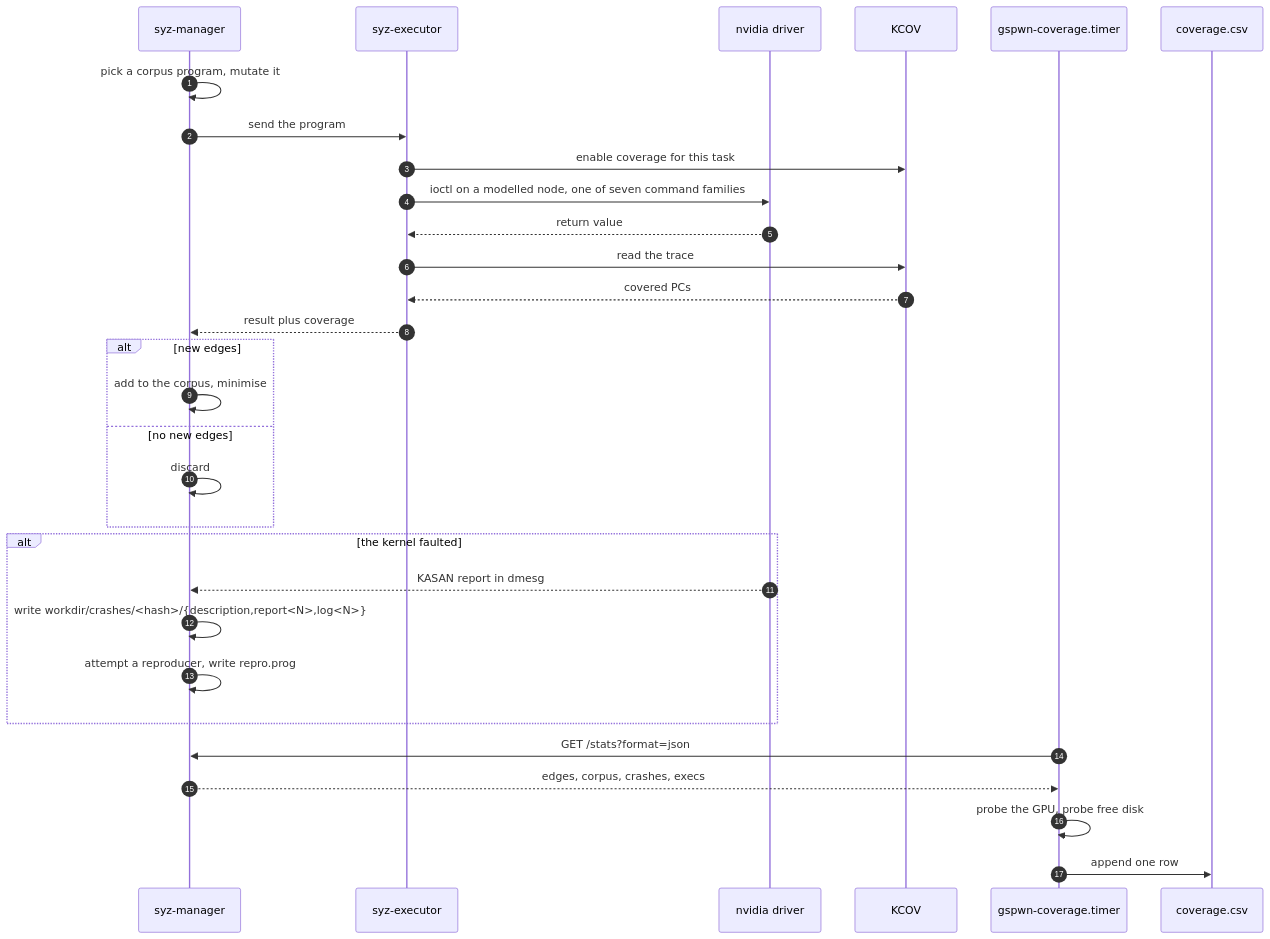
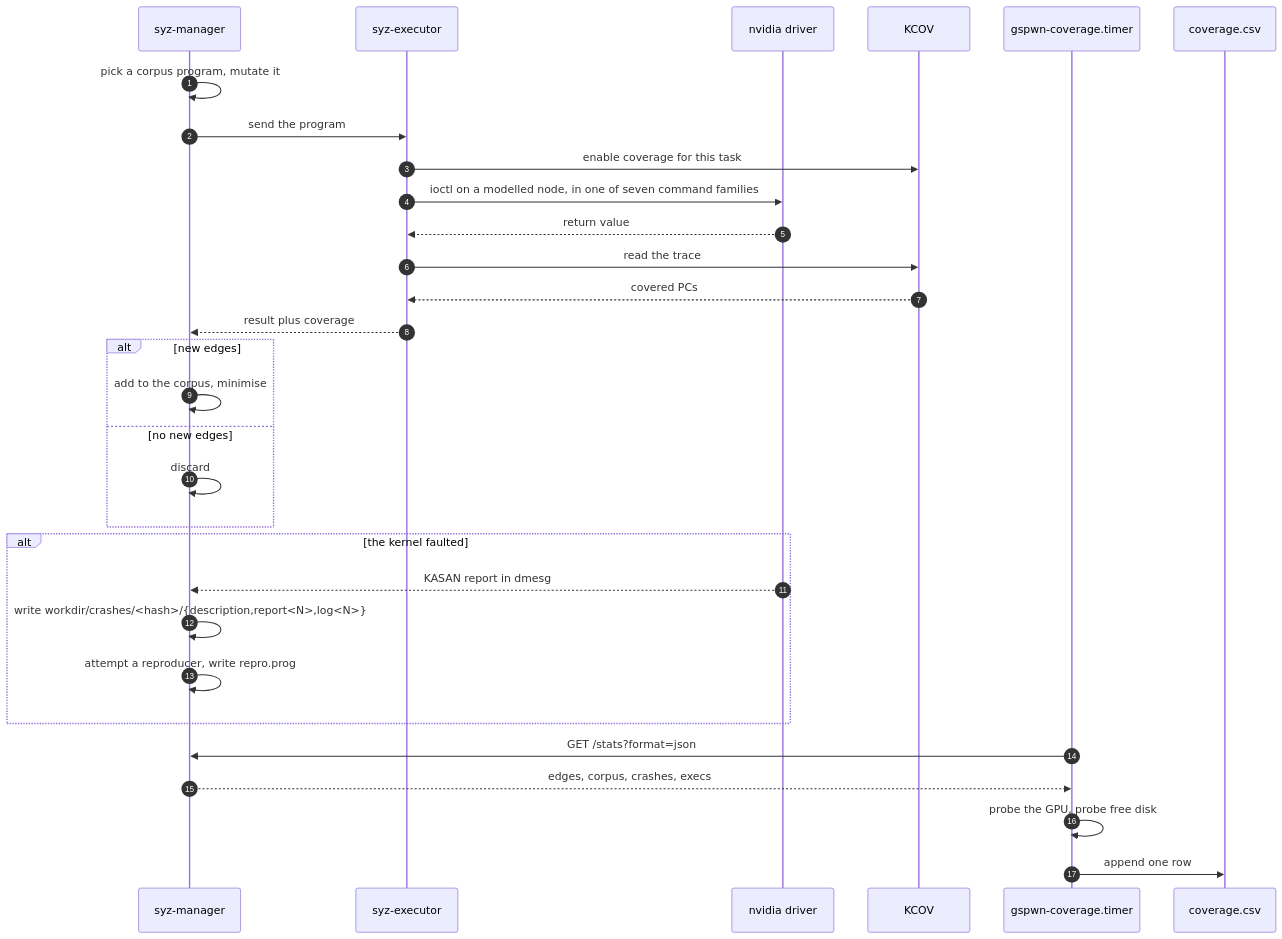
The second of 2 diagrams in docs/src/content/docs/architecture/execution-model.md (Indspl0it/gspwn), drawn with Mermaid before and after one commit. The commit also changed other lines of this file and 15 other files, not shown here.

First line of the commit message:
Rewrite the Architecture pages against source

````diff
--- a/docs/src/content/docs/architecture/execution-model.md
+++ b/docs/src/content/docs/architecture/execution-model.md
@@ -116,33 +126,33 @@
 ```mermaid
 sequenceDiagram
   autonumber
   participant M as syz-manager
   participant E as syz-executor
   participant D as nvidia driver
   participant KC as KCOV
   participant S as gspwn-coverage.timer
   participant C as coverage.csv
 
   M->>M: pick a corpus program, mutate it
   M->>E: send the program
   E->>KC: enable coverage for this task
-  E->>D: ioctl on a modelled node, one of seven command families
+  E->>D: ioctl on a modelled node, in one of seven command families
   D-->>E: return value
   E->>KC: read the trace
   KC-->>E: covered PCs
   E-->>M: result plus coverage
   alt new edges
     M->>M: add to the corpus, minimise
   else no new edges
     M->>M: discard
   end
   alt the kernel faulted
     D-->>M: KASAN report in dmesg
     M->>M: write workdir/crashes/<hash>/{description,report<N>,log<N>}
     M->>M: attempt a reproducer, write repro.prog
   end
   S->>M: GET /stats?format=json
   M-->>S: edges, corpus, crashes, execs
   S->>S: probe the GPU, probe free disk
   S->>C: append one row
 ```
````
